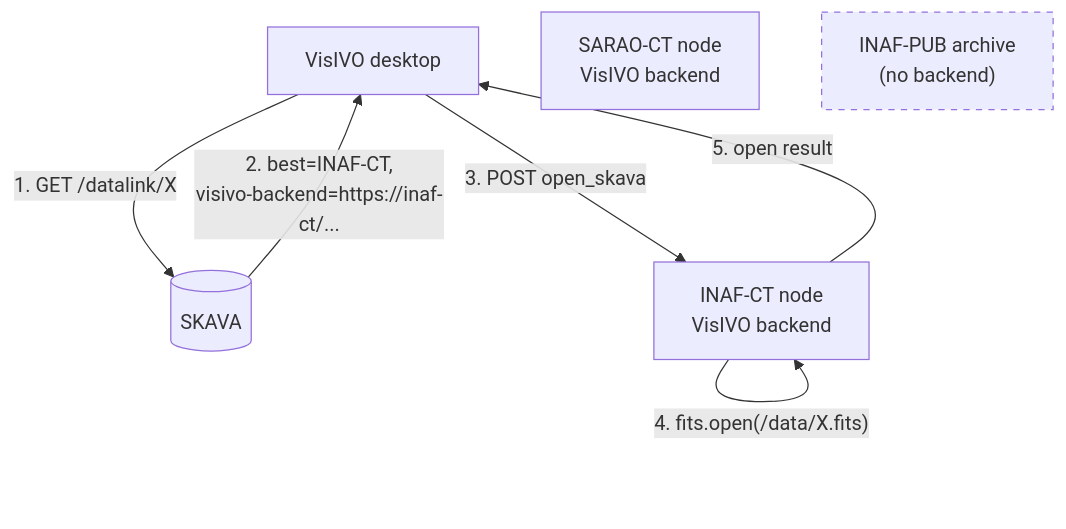
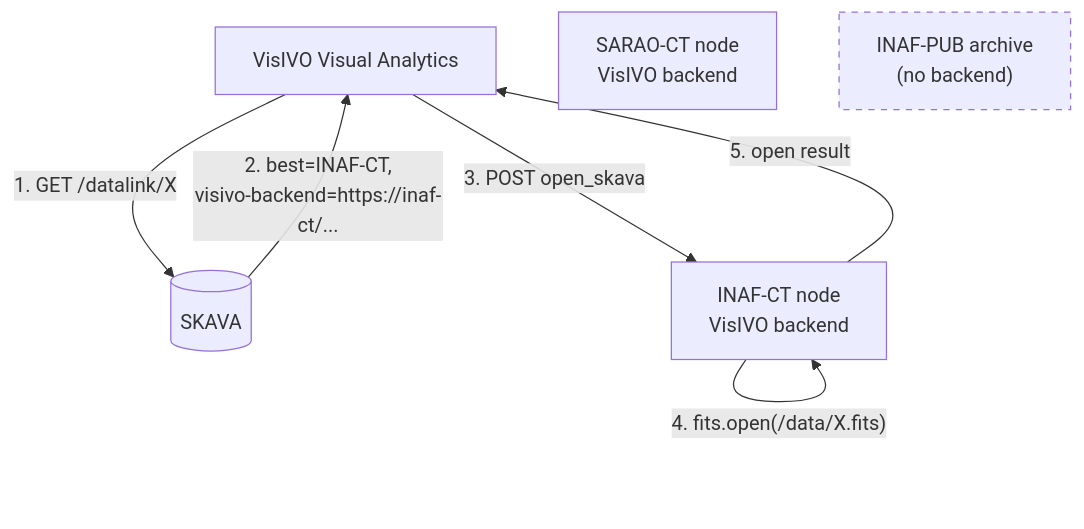
One commit to VisIVOLab/SKAVA changed the second of 2 diagrams in docs/architecture/compute-next-to-data.md. Above: the diagram before and after it, drawn with Mermaid. The commit also changed other lines of this file and 95 other files, not shown here.

````diff
--- a/docs/architecture/compute-next-to-data.md
+++ b/docs/architecture/compute-next-to-data.md
@@ -239,16 +288,16 @@
 ```{mermaid}
 flowchart TB
-    Client["VisIVO desktop"]
+    Client["VisIVO Visual Analytics"]
     SKAVA[(SKAVA)]
     NodeIT["INAF-CT node<br/>VisIVO backend"]
     NodeZA["SARAO-CT node<br/>VisIVO backend"]
     NodePub["INAF-PUB archive<br/>(no backend)"]
 
     Client -- "1. GET /datalink/X" --> SKAVA
     SKAVA -- "2. best=INAF-CT,<br/>visivo-backend=https://inaf-ct/..." --> Client
     Client -- "3. POST open_skava" --> NodeIT
     NodeIT -- "4. fits.open(/data/X.fits)" --> NodeIT
     NodeIT -- "5. open result" --> Client
 
     style NodePub stroke-dasharray: 5 5
 ```
````
